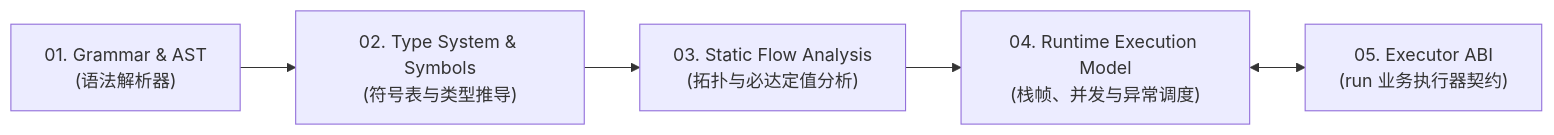
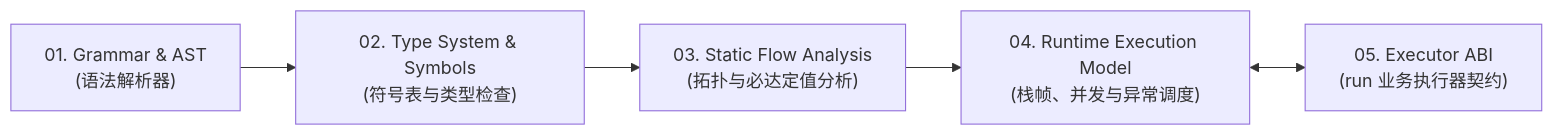
The diagram in manual/spec/index.md (BeautyyuYanli/Axcutor), drawn with Mermaid before and after one commit. The commit also changed other lines of this file and 49 other files, not shown here.

````diff
--- a/manual/spec/index.md
+++ b/manual/spec/index.md
@@ -11,7 +11,7 @@
 ```mermaid
 flowchart LR
-    G["01. Grammar & AST\n(语法解析器)"] --> T["02. Type System & Symbols\n(符号表与类型推导)"]
+    G["01. Grammar & AST\n(语法解析器)"] --> T["02. Type System & Symbols\n(符号表与类型检查)"]
     T --> F["03. Static Flow Analysis\n(拓扑与必达定值分析)"]
     F --> R["04. Runtime Execution Model\n(栈帧、并发与异常调度)"]
     R <--> E["05. Executor ABI\n(run 业务执行器契约)"]
 ```
````
